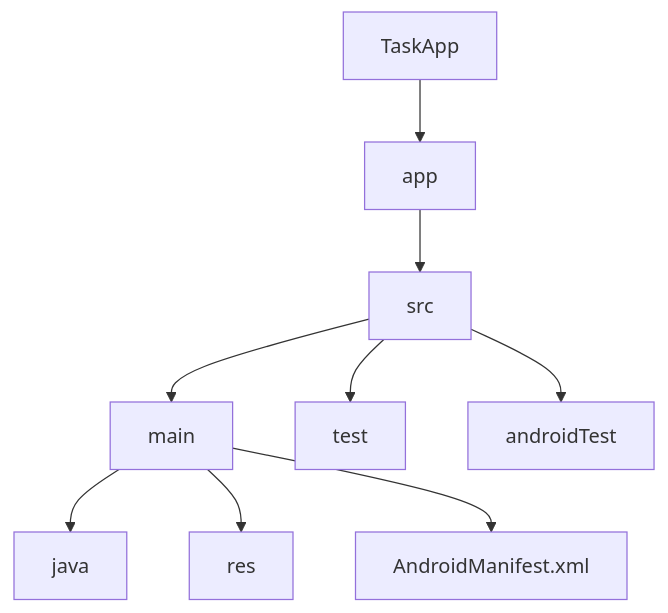
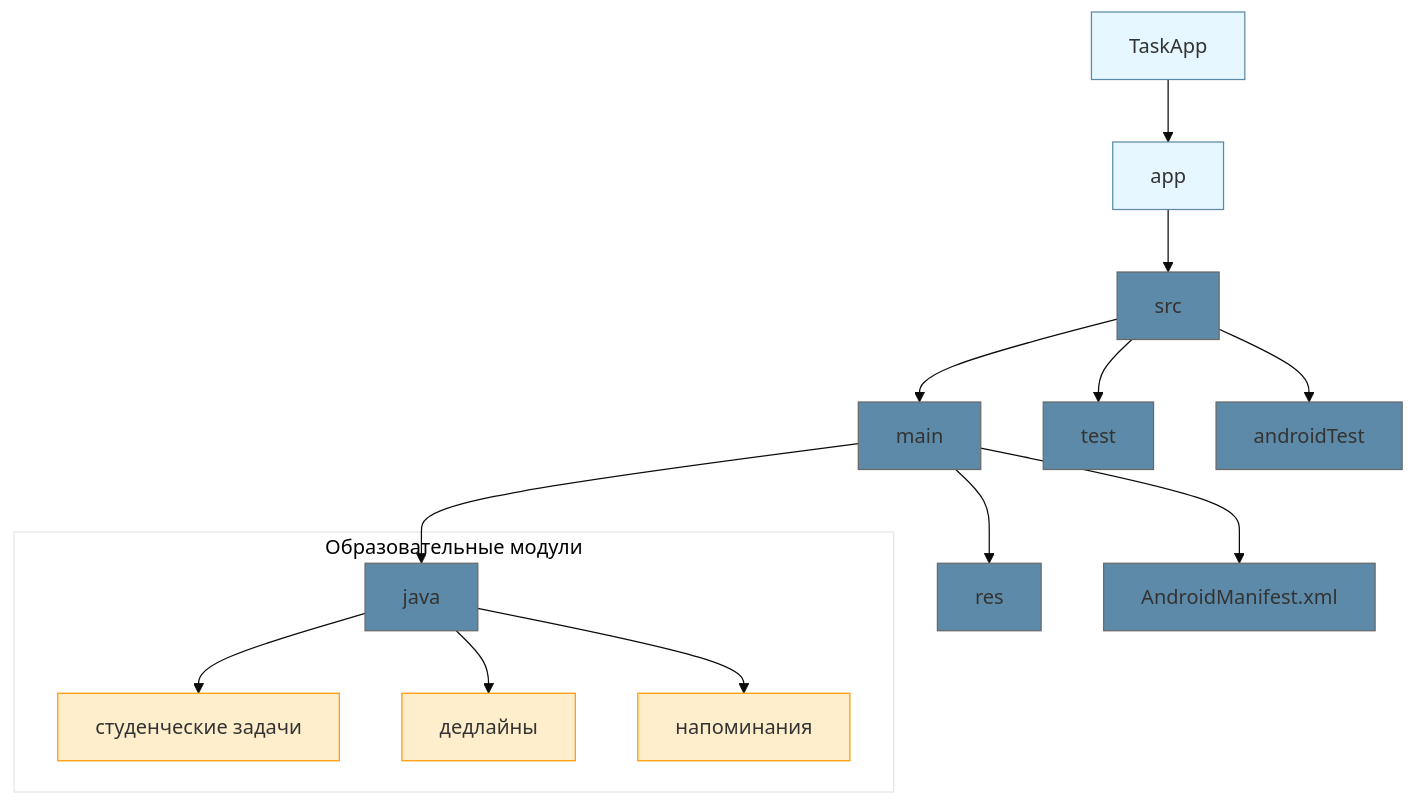
One commit to reazonvan/TaskApp changed the diagram in README.md. Above: the diagram before and after it, drawn with Mermaid. The commit also changed other lines of this file, not shown here.

````diff
--- a/README.md
+++ b/README.md
@@ -111,11 +182,24 @@
 ```mermaid
+%%{init: {'theme': 'base', 'themeVariables': { 'primaryColor': '#5d8aa8', 'edgeLabelBackground':'#fff', 'tertiaryColor': '#fff'}}}%%
 graph TD
     A[TaskApp] --> B[app]
     B --> C[src]
     C --> D[main]
     C --> E[test]
     C --> F[androidTest]
     D --> G[java]
     D --> H[res]
     D --> I[AndroidManifest.xml]
+    
+    subgraph "Образовательные модули"
+    G --> J[студенческие задачи]
+    G --> K[дедлайны]
+    G --> L[напоминания]
+    end
+    
+    style A fill:#e6f7ff,stroke:#5d8aa8
+    style B fill:#e6f7ff,stroke:#5d8aa8
+    style J fill:#ffeecc,stroke:#ff9900
+    style K fill:#ffeecc,stroke:#ff9900
+    style L fill:#ffeecc,stroke:#ff9900
 ```
````
